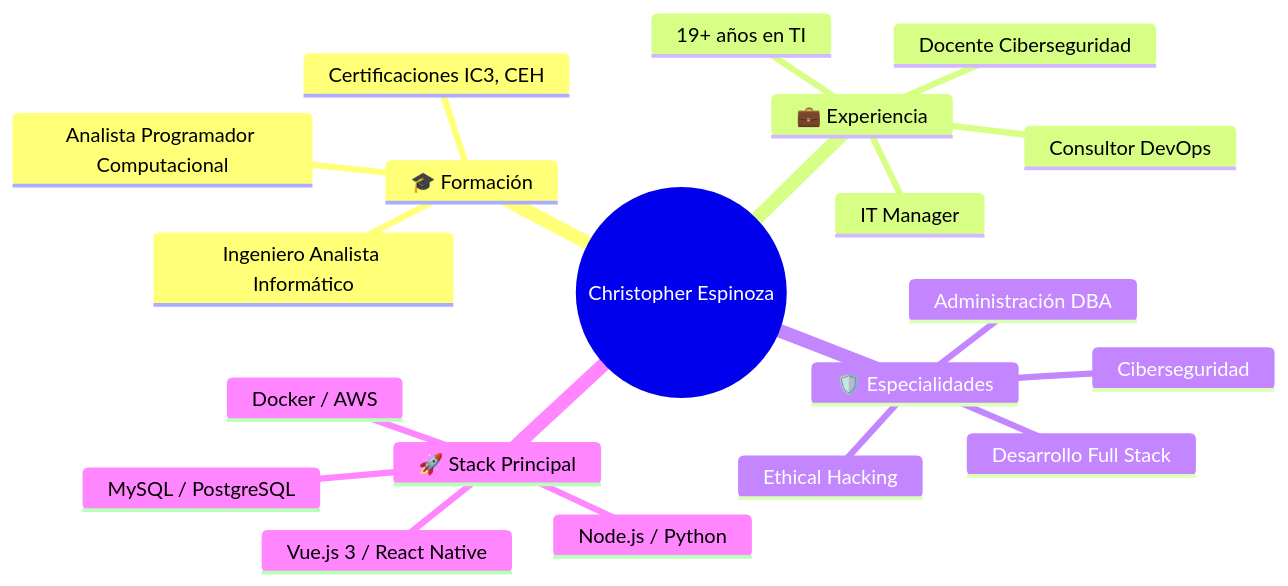
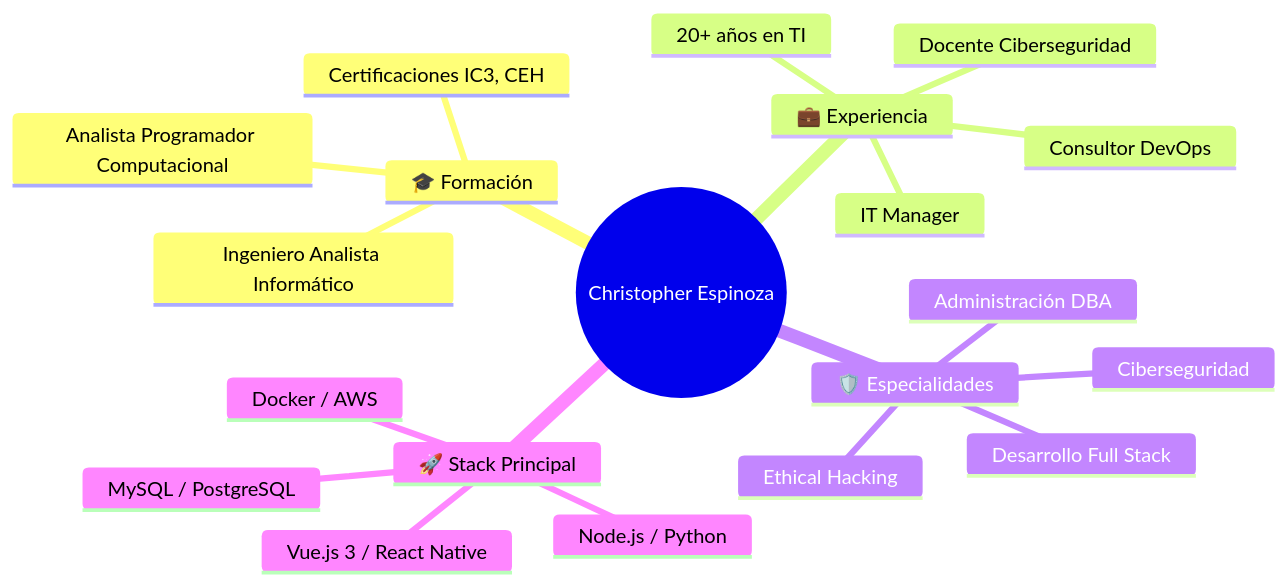
The first of 2 diagrams in README.md (nuevacumbre/nuevacumbre.github.io), drawn with Mermaid before and after one commit. The commit also changed other lines of this file and 17 other files, not shown here.

````diff
--- a/README.md
+++ b/README.md
@@ -51,23 +51,23 @@
 ```mermaid
 mindmap
   root((Christopher Espinoza))
     🎓 Formación
       Ingeniero Analista Informático
       Analista Programador Computacional
       Certificaciones IC3, CEH
     💼 Experiencia
-      19+ años en TI
+      20+ años en TI
       Docente Ciberseguridad
       Consultor DevOps
       IT Manager
     🛡️ Especialidades
       Desarrollo Full Stack
       Ciberseguridad
       Ethical Hacking
       Administración DBA
     🚀 Stack Principal
       Vue.js 3 / React Native
       Node.js / Python
       MySQL / PostgreSQL
       Docker / AWS
 ```
````
